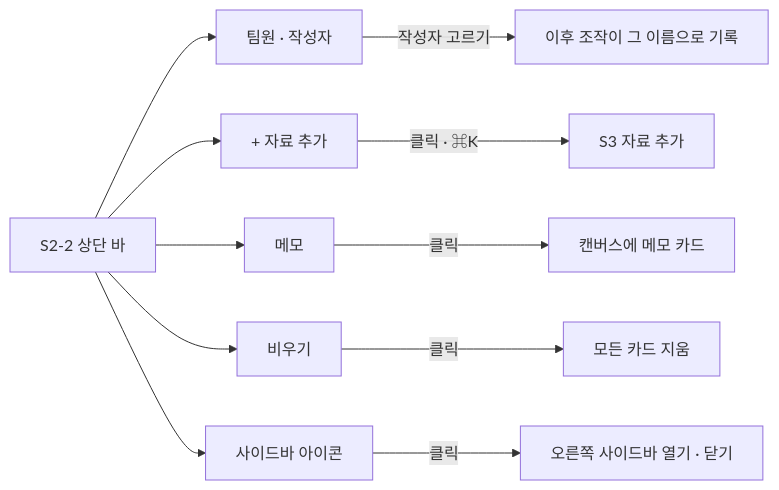
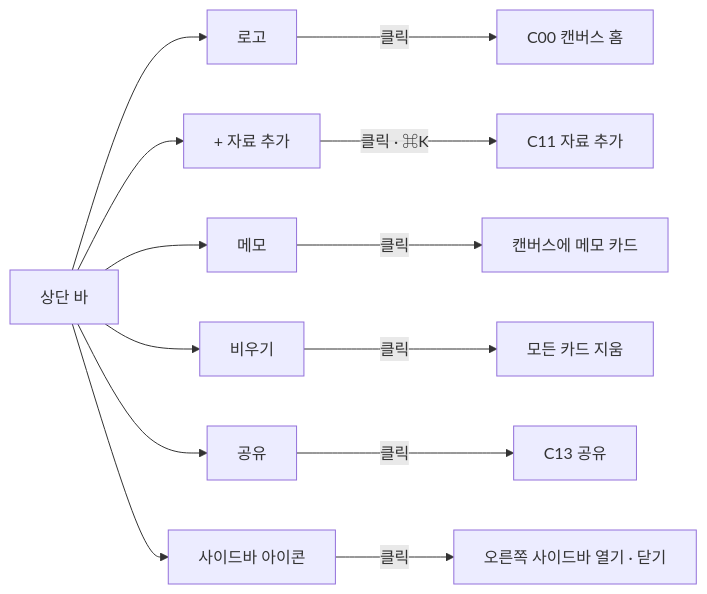
One commit to vamos-team/telescope changed the fifth of 12 diagrams in docs/frontend/ia.md. Above: the diagram before and after it, drawn with Mermaid. The commit also changed other lines of this file and 13 other files, not shown here.

````diff
--- a/docs/frontend/ia.md
+++ b/docs/frontend/ia.md
@@ -104,13 +193,15 @@
 ```mermaid
 flowchart LR
-  B["S2-2 상단 바"] --> B1["팀원 · 작성자"]
+  B["상단 바"] --> B0["로고"]
   B --> B2["+ 자료 추가"]
   B --> B3["메모"]
   B --> B4["비우기"]
+  B --> B6["공유"]
   B --> B5["사이드바 아이콘"]
-  B1 -->|작성자 고르기| R1["이후 조작이 그 이름으로 기록"]
-  B2 -->|"클릭 · ⌘K"| R2["S3 자료 추가"]
+  B0 -->|클릭| R1["C00 캔버스 홈"]
+  B6 -->|클릭| R6["C13 공유"]
+  B2 -->|"클릭 · ⌘K"| R2["C11 자료 추가"]
   B3 -->|클릭| R3["캔버스에 메모 카드"]
   B4 -->|클릭| R4["모든 카드 지움"]
   B5 -->|클릭| R5["오른쪽 사이드바 열기 · 닫기"]
 ```
````
